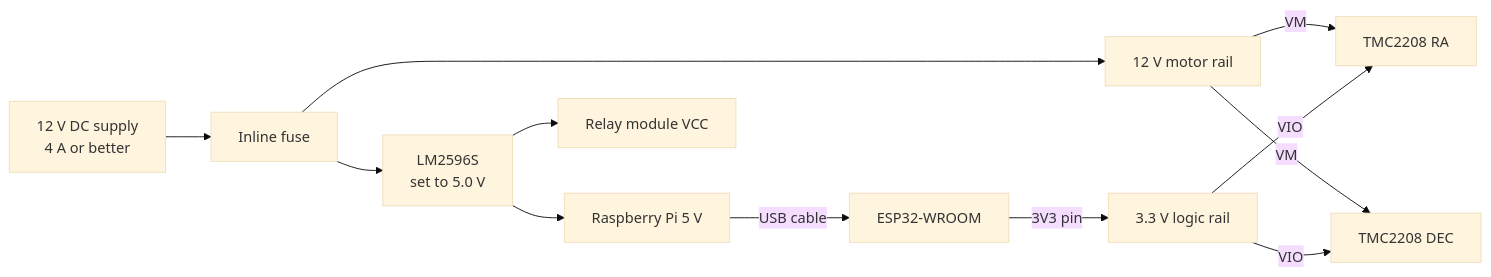
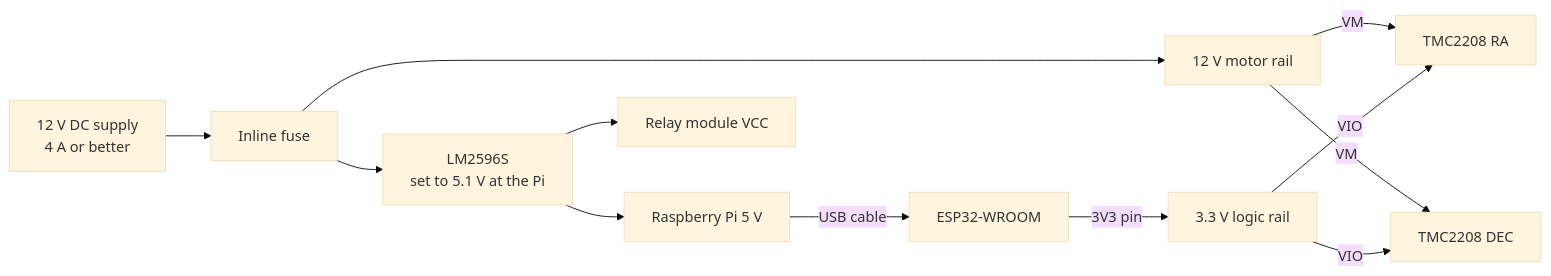
One commit to 0denko/AstroDrive changed the first of 2 diagrams in HARDWARE.md. Above: the diagram before and after it, drawn with Mermaid (base theme). The commit also changed other lines of this file, not shown here.

````diff
--- a/HARDWARE.md
+++ b/HARDWARE.md
@@ -47,14 +47,14 @@
 ```mermaid
 graph LR
   PSU["12 V DC supply<br/>4 A or better"] --> FUSE["Inline fuse"]
   FUSE --> VM["12 V motor rail"]
-  FUSE --> BUCK1["LM2596S<br/>set to 5.0 V"]
+  FUSE --> BUCK1["LM2596S<br/>set to 5.1 V at the Pi"]
   VM -->|VM| DRV_RA["TMC2208 RA"]
   VM -->|VM| DRV_DEC["TMC2208 DEC"]
   BUCK1 --> PI["Raspberry Pi 5 V"]
   BUCK1 --> RLY["Relay module VCC"]
   PI -->|USB cable| ESP["ESP32-WROOM"]
   ESP -->|3V3 pin| VIO["3.3 V logic rail"]
   VIO -->|VIO| DRV_RA
   VIO -->|VIO| DRV_DEC
 ```
````
